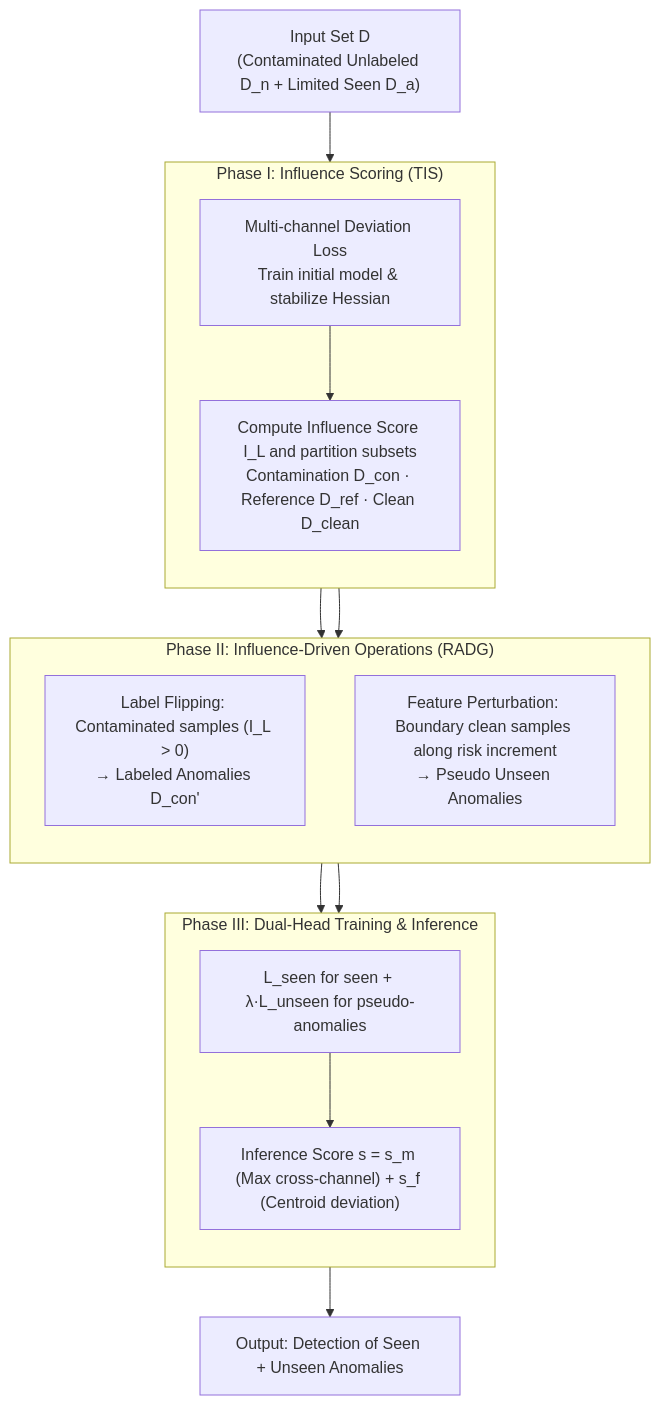
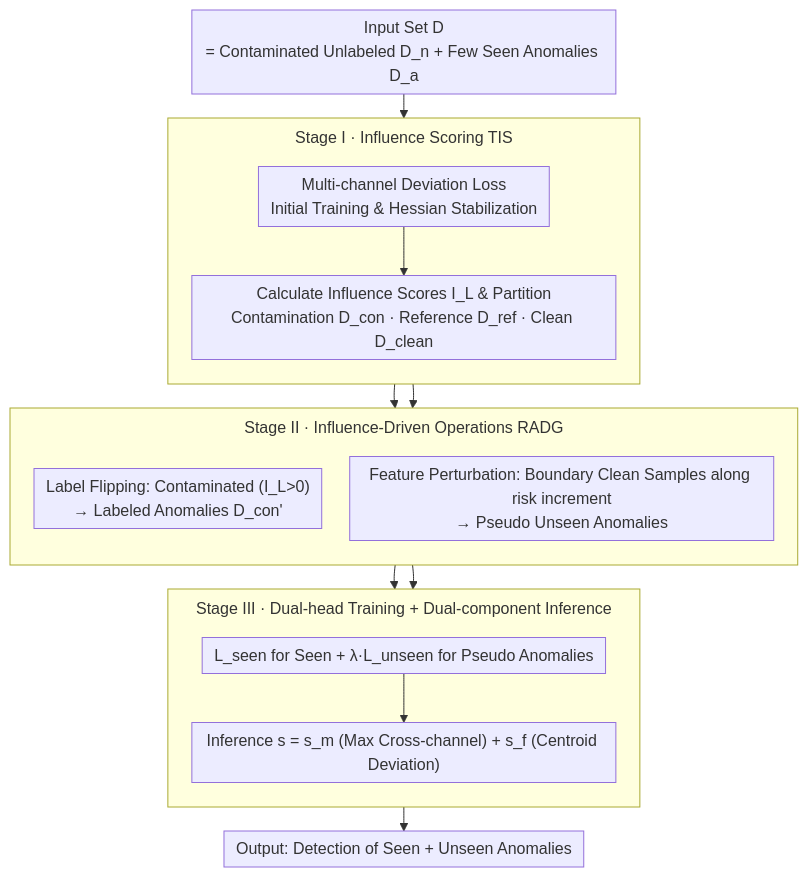
The diagram in docs/ICML2026/time_series/impact_influence_modeling_for_open-set_time_series_anomaly_detection.md (zhaoyang97/Paper-Notes-en), drawn with Mermaid before and after one commit. The commit also changed other lines of this file and 5084 other files, not shown here.

````diff
--- a/docs/ICML2026/time_series/impact_influence_modeling_for_open-set_time_series_anomaly_detection.md
+++ b/docs/ICML2026/time_series/impact_influence_modeling_for_open-set_time_series_anomaly_detection.md
@@ -44,27 +44,28 @@
 ```mermaid
-graph TD
-    IN["Input Set D<br/>(Contaminated Unlabeled D_n + Limited Seen D_a)"]
-    subgraph TIS["Phase I: Influence Scoring (TIS)"]
+%%{init: {'flowchart': {'rankSpacing': 24, 'nodeSpacing': 28, 'padding': 6, 'wrappingWidth': 400, 'subGraphTitleMargin': {'top': 8, 'bottom': 16}}}}%%
+flowchart TD
+    IN["Input Set D<br/>= Contaminated Unlabeled D_n + Few Seen Anomalies D_a"]
+    subgraph TIS["Stage I · Influence Scoring TIS"]
         direction TB
-        L["Multi-channel Deviation Loss<br/>Train initial model & stabilize Hessian"]
-        SP["Compute Influence Score I_L and partition subsets<br/>Contamination D_con · Reference D_ref · Clean D_clean"]
+        L["Multi-channel Deviation Loss<br/>Initial Training & Hessian Stabilization"]
+        SP["Calculate Influence Scores I_L & Partition<br/>Contamination D_con · Reference D_ref · Clean D_clean"]
         L --> SP
     end
-    subgraph RADG["Phase II: Influence-Driven Operations (RADG)"]
+    subgraph RADG["Stage II · Influence-Driven Operations RADG"]
         direction TB
-        FL["Label Flipping: Contaminated samples (I_L > 0)<br/>→ Labeled Anomalies D_con'"]
-        PT["Feature Perturbation: Boundary clean samples along risk increment<br/>→ Pseudo Unseen Anomalies"]
+        FL["Label Flipping: Contaminated (I_L>0)<br/>→ Labeled Anomalies D_con'"]
+        PT["Feature Perturbation: Boundary Clean Samples along risk increment<br/>→ Pseudo Unseen Anomalies"]
     end
-    subgraph TRN["Phase III: Dual-Head Training & Inference"]
+    subgraph TRN["Stage III · Dual-head Training + Dual-component Inference"]
         direction TB
-        TR["L_seen for seen + λ·L_unseen for pseudo-anomalies"]
-        INF["Inference Score s = s_m (Max cross-channel) + s_f (Centroid deviation)"]
+        TR["L_seen for Seen + λ·L_unseen for Pseudo Anomalies"]
+        INF["Inference s = s_m (Max Cross-channel) + s_f (Centroid Deviation)"]
         TR --> INF
     end
     IN --> L
     SP --> FL
     SP --> PT
     FL --> TR
     PT --> TR
     INF --> OUT["Output: Detection of Seen + Unseen Anomalies"]
 ```
````
